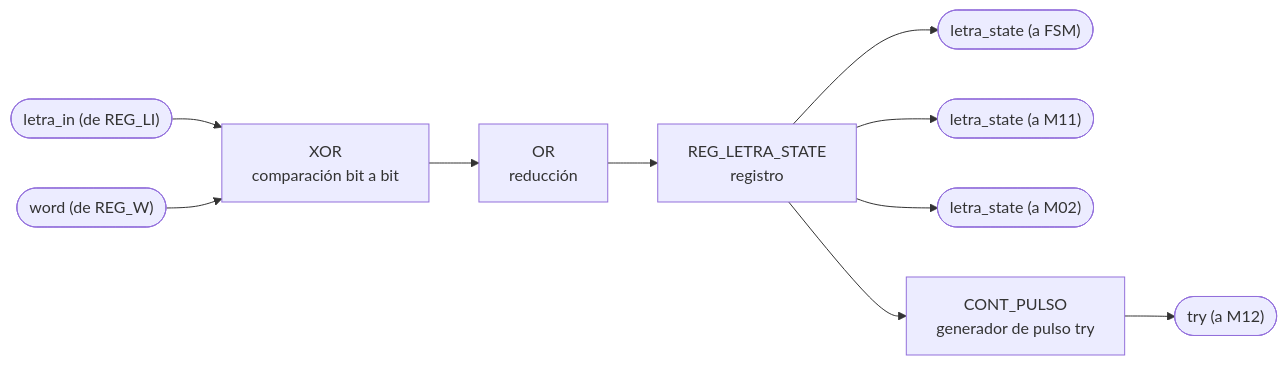
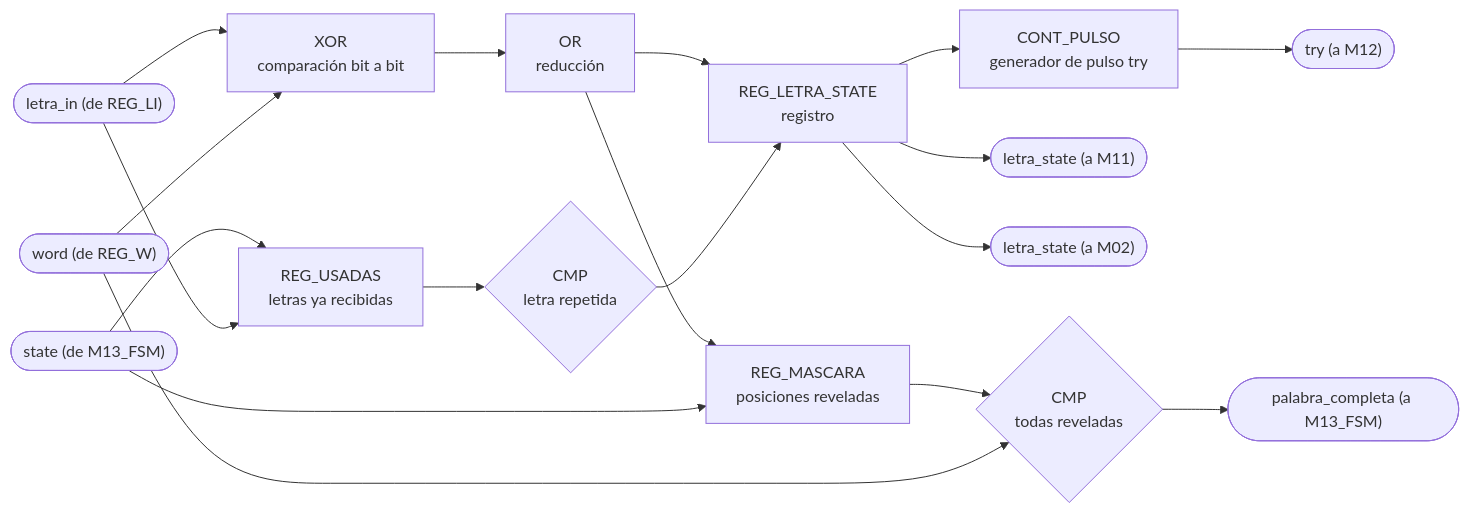
Before and after one commit to Taller-de-diseno-digital-GR01/Proyecto-2-Ahorcado: the eighth of 14 diagrams in docs/diseño/diagramas/nivel03.md, drawn with Mermaid. The commit also changed other lines of this file and 1 other file, not shown here.

Commit message:
nivel03: agregar M13_FSM, los demas modulos ahora decodifican state

````diff
--- a/docs/diseño/diagramas/nivel03.md
+++ b/docs/diseño/diagramas/nivel03.md
@@ -323,12 +346,20 @@
 ```mermaid
 flowchart LR
     IN_LETRA(["letra_in (de REG_LI)"]) --> XOR1["XOR<br/>comparación bit a bit"]
     IN_W(["word (de REG_W)"]) --> XOR1
     XOR1 --> OR1["OR<br/>reducción"]
     OR1 --> REG_ST["REG_LETRA_STATE<br/>registro"]
-    REG_ST --> OUT_FSM(["letra_state (a FSM)"])
+    OR1 --> REG_MASC["REG_MASCARA<br/>posiciones reveladas"]
+    IN_STATE(["state (de M13_FSM)"]) --> REG_MASC
+    IN_STATE --> REG_USADAS["REG_USADAS<br/>letras ya recibidas"]
+    IN_LETRA --> REG_USADAS
+    REG_USADAS --> CMP_REP{"CMP<br/>letra repetida"}
+    CMP_REP --> REG_ST
+    REG_MASC --> CMP_FIN{"CMP<br/>todas reveladas"}
+    IN_W --> CMP_FIN
+    CMP_FIN --> OUT_COMP(["palabra_completa (a M13_FSM)"])
     REG_ST --> OUT_M11(["letra_state (a M11)"])
     REG_ST --> OUT_M02(["letra_state (a M02)"])
     REG_ST --> CNT1["CONT_PULSO<br/>generador de pulso try"]
     CNT1 --> OUT_TRY(["try (a M12)"])
 ```
````
